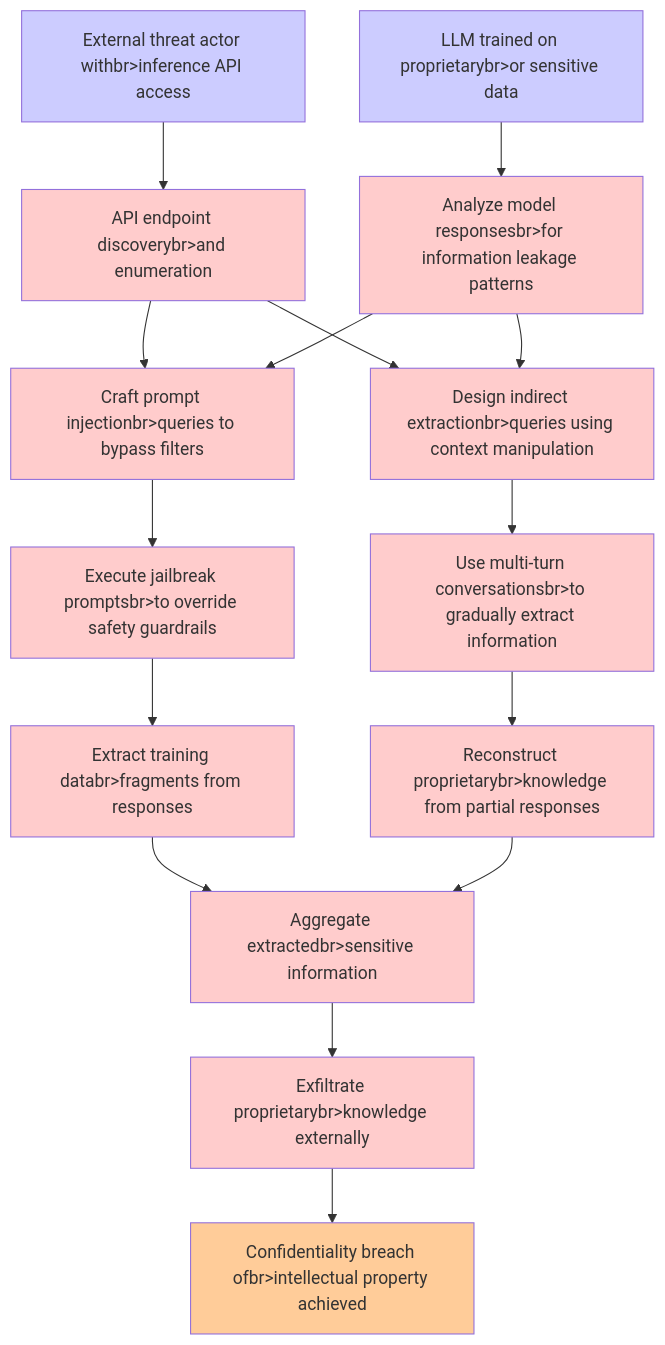
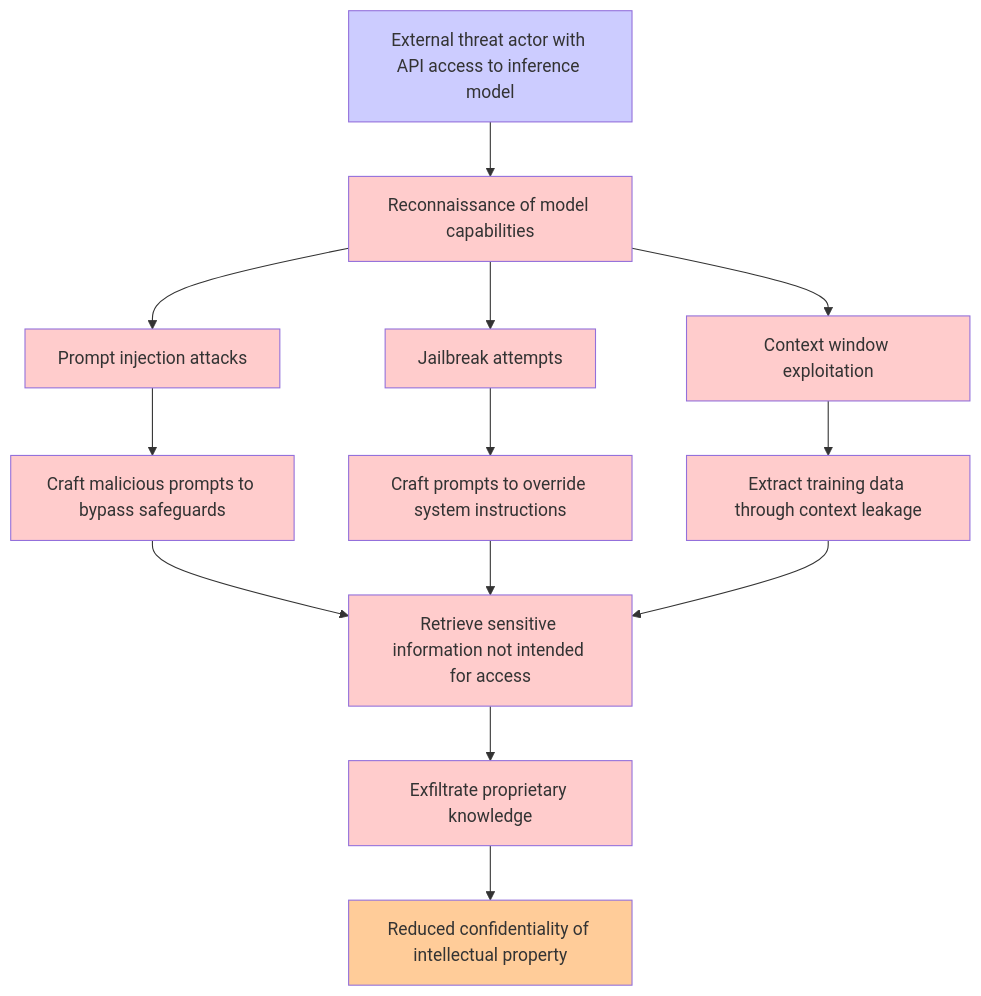
Before and after one commit to aws-samples/sample-agentic-attack-tree-generator: the diagram in sample-applications/genai-chatbot/threatforest/attack_trees/attack_tree_ddb6a6d5-664e-4e34-bec0-09d4ff319f67_llm02_sensitiveinfo_disclosure.md, drawn with Mermaid. The commit also changed other lines of this file and 310 other files, not shown here.

````diff
--- a/sample-applications/genai-chatbot/threatforest/attack_trees/attack_tree_ddb6a6d5-664e-4e34-bec0-09d4ff319f67_llm02_sensitiveinfo_disclosure.md
+++ b/sample-applications/genai-chatbot/threatforest/attack_trees/attack_tree_ddb6a6d5-664e-4e34-bec0-09d4ff319f67_llm02_sensitiveinfo_disclosure.md
@@ -8,24 +8,22 @@
 ```mermaid
 graph TD
-    F1["External threat actor withbr>inference API access"] --> A1["API endpoint discoverybr>and enumeration"]
-    F2["LLM trained on proprietarybr>or sensitive data"] --> A2["Analyze model responsesbr>for information leakage patterns"]
-    A1 --> A3["Craft prompt injectionbr>queries to bypass filters"]
-    A1 --> A4["Design indirect extractionbr>queries using context manipulation"]
-    A2 --> A3
-    A2 --> A4
-    A3 --> A5["Execute jailbreak promptsbr>to override safety guardrails"]
-    A5 --> A7["Extract training databr>fragments from responses"]
-    A4 --> A6["Use multi-turn conversationsbr>to gradually extract information"]
-    A6 --> A8["Reconstruct proprietarybr>knowledge from partial responses"]
-    A7 --> A9["Aggregate extractedbr>sensitive information"]
-    A8 --> A9
-    A9 --> A10["Exfiltrate proprietarybr>knowledge externally"]
-    A10 --> G1["Confidentiality breach ofbr>intellectual property achieved"]
+    A["External threat actor with API access to inference model"] --> B["Reconnaissance of model capabilities"]
+    B --> C["Prompt injection attacks"]
+    B --> D["Jailbreak attempts"]
+    B --> E["Context window exploitation"]
+    C --> F["Craft malicious prompts to bypass safeguards"]
+    D --> G["Craft prompts to override system instructions"]
+    E --> H["Extract training data through context leakage"]
+    F --> I["Retrieve sensitive information not intended for access"]
+    G --> I
+    H --> I
+    I --> J["Exfiltrate proprietary knowledge"]
+    J --> K["Reduced confidentiality of intellectual property"]
+    classDef fact fill:#ccccff
     classDef attack fill:#ffcccc
     classDef goal fill:#ffcc99
-    classDef fact fill:#ccccff
-    class A1,A2,A3,A4,A5,A6,A7,A8,A9,A10 attack
-    class G1 goal
-    class F1,F2 fact
+    class A fact
+    class B,C,D,E,F,G,H,I,J attack
+    class K goal
     classDef mitigation fill:#ccffcc
 ```
````
